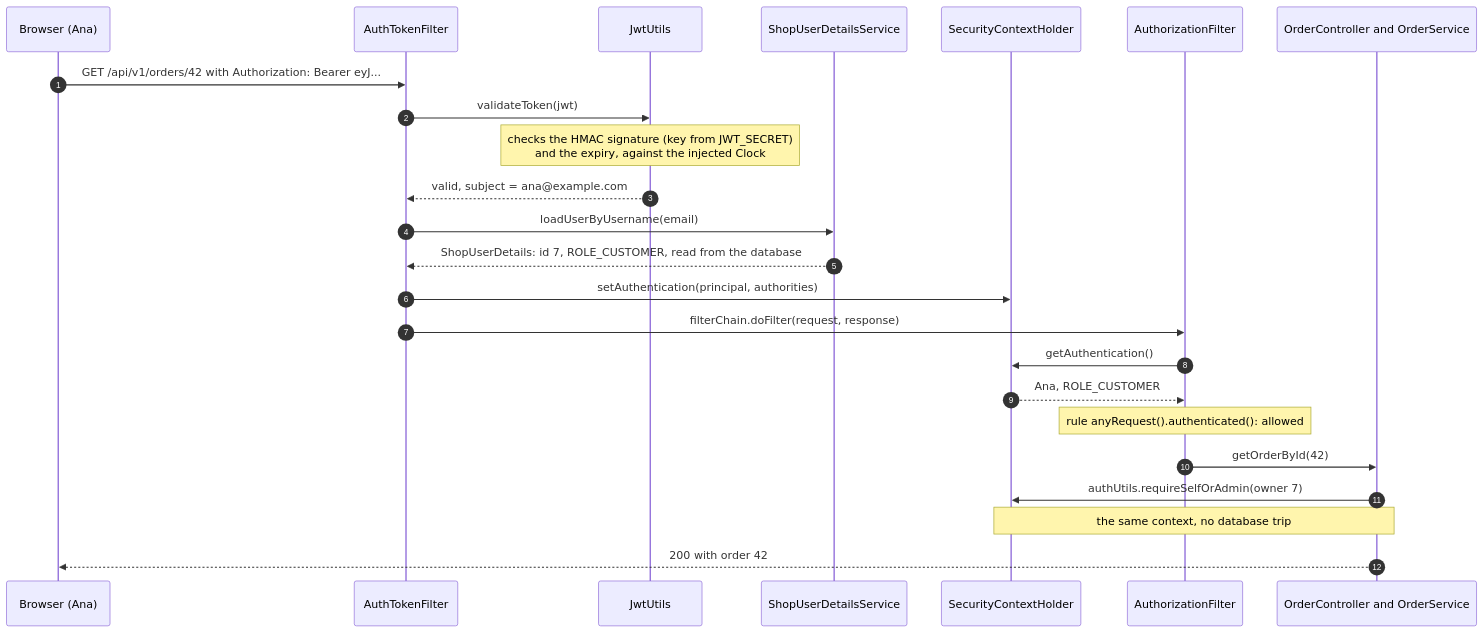
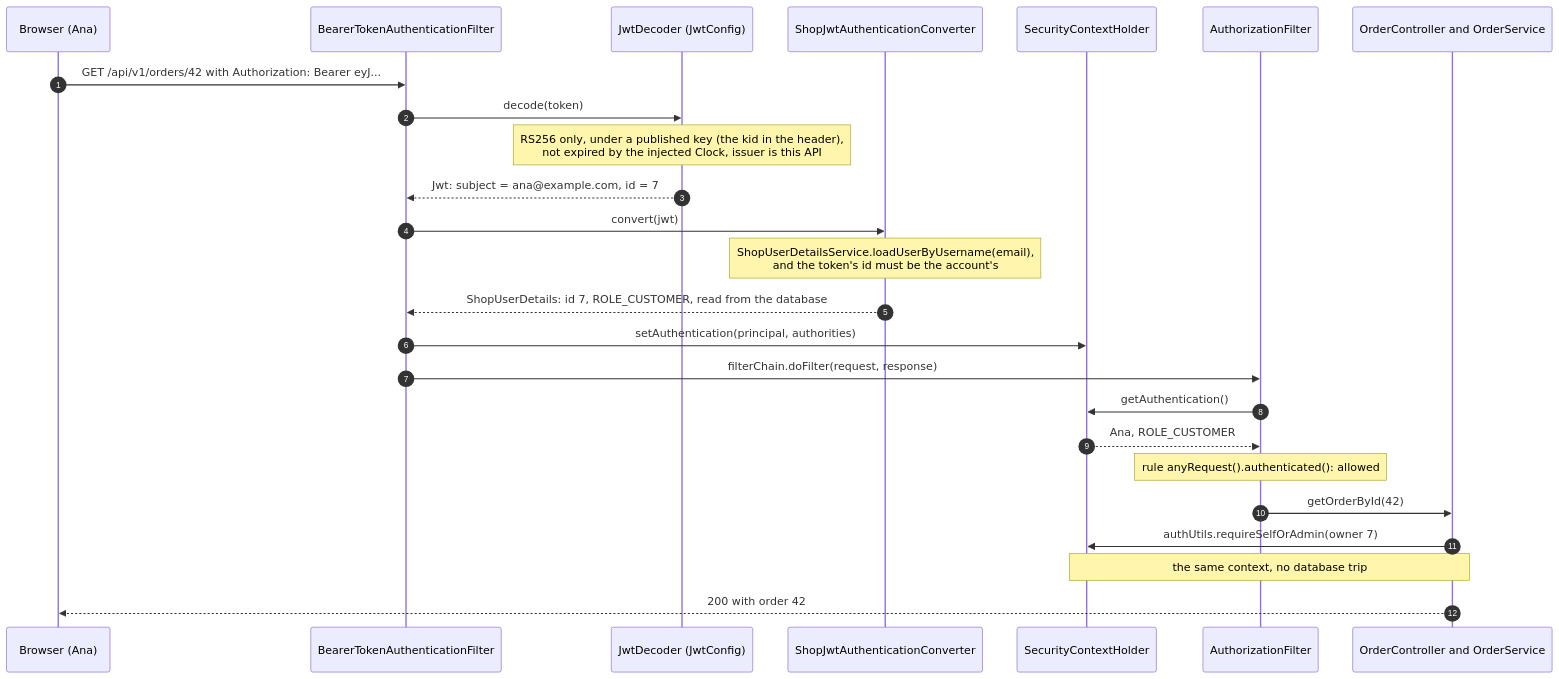
The fourth of 9 diagrams in docs/security-design.md (Aryankanani1/shopping-cart-spring-security), drawn with Mermaid before and after one commit. The commit also changed other lines of this file and 40 other files, not shown here.

````diff
--- a/docs/security-design.md
+++ b/docs/security-design.md
@@ -143,26 +149,27 @@
 ```mermaid
 sequenceDiagram
     autonumber
     participant B as Browser (Ana)
-    participant F as AuthTokenFilter
-    participant J as JwtUtils
-    participant U as ShopUserDetailsService
+    participant F as BearerTokenAuthenticationFilter
+    participant J as JwtDecoder (JwtConfig)
+    participant U as ShopJwtAuthenticationConverter
     participant H as SecurityContextHolder
     participant Z as AuthorizationFilter
     participant S as OrderController and OrderService
     B->>F: GET /api/v1/orders/42 with Authorization: Bearer eyJ...
-    F->>J: validateToken(jwt)
-    note over J: checks the HMAC signature (key from JWT_SECRET)<br/>and the expiry, against the injected Clock
-    J-->>F: valid, subject = ana@example.com
-    F->>U: loadUserByUsername(email)
+    F->>J: decode(token)
+    note over J: RS256 only, under a published key (the kid in the header),<br/>not expired by the injected Clock, issuer is this API
+    J-->>F: Jwt: subject = ana@example.com, id = 7
+    F->>U: convert(jwt)
+    note over U: ShopUserDetailsService.loadUserByUsername(email),<br/>and the token's id must be the account's
     U-->>F: ShopUserDetails: id 7, ROLE_CUSTOMER, read from the database
     F->>H: setAuthentication(principal, authorities)
     F->>Z: filterChain.doFilter(request, response)
     Z->>H: getAuthentication()
     H-->>Z: Ana, ROLE_CUSTOMER
     note over Z: rule anyRequest().authenticated(): allowed
     Z->>S: getOrderById(42)
     S->>H: authUtils.requireSelfOrAdmin(owner 7)
     note over S,H: the same context, no database trip
     S-->>B: 200 with order 42
 ```
````
